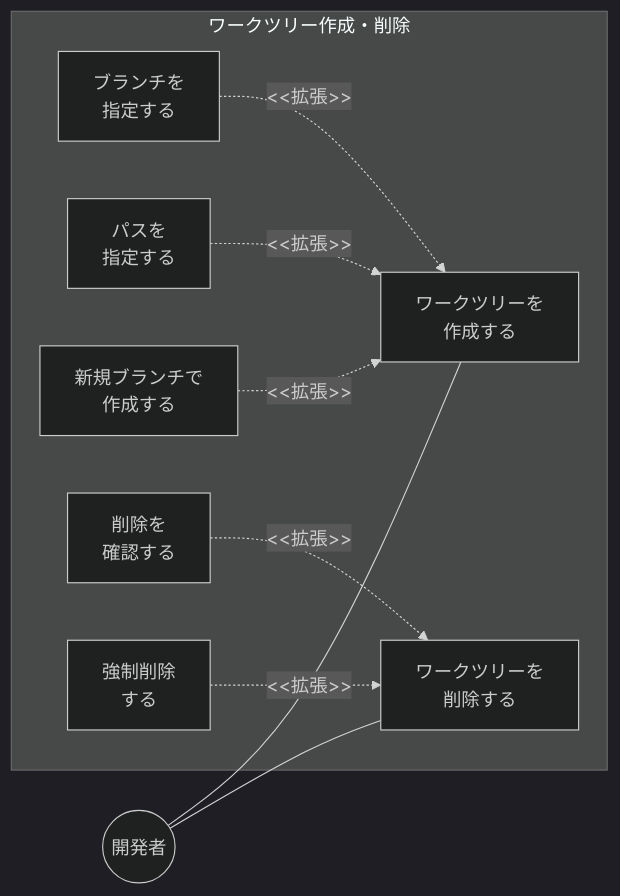
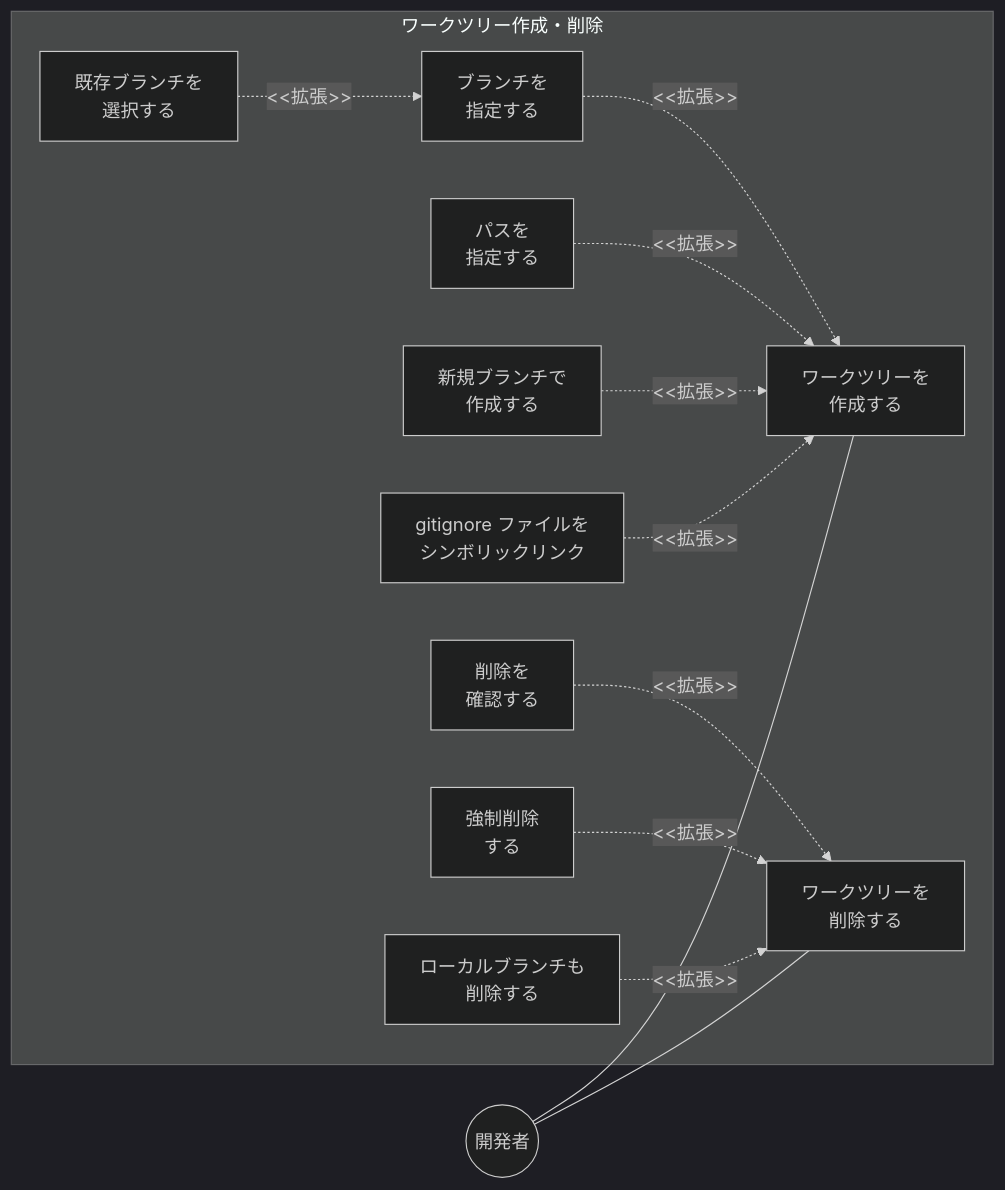
One commit to ToshikiImagawa/Buruma changed the third of 4 diagrams in .sdd/requirement/worktree-management.md. Above: the diagram before and after it, drawn with Mermaid. The commit also changed other lines of this file and 5 other files, not shown here.

````diff
--- a/.sdd/requirement/worktree-management.md
+++ b/.sdd/requirement/worktree-management.md
@@ -107,23 +107,29 @@
 ```mermaid
 %%{init: {'theme': 'dark'}}%%
 flowchart LR
     Developer((開発者))
 
     subgraph CreateDelete["ワークツリー作成・削除"]
         CreateWT["ワークツリーを<br/>作成する"]
         SpecifyBranch["ブランチを<br/>指定する"]
+        SelectExistingBranch["既存ブランチを<br/>選択する"]
         SpecifyPath["パスを<br/>指定する"]
         CreateNewBranch["新規ブランチで<br/>作成する"]
+        SymlinkIgnored["gitignore ファイルを<br/>シンボリックリンク"]
         DeleteWT["ワークツリーを<br/>削除する"]
         ConfirmDelete["削除を<br/>確認する"]
         ForceDelete["強制削除<br/>する"]
+        DeleteBranch["ローカルブランチも<br/>削除する"]
     end
 
     Developer --- CreateWT
     Developer --- DeleteWT
     SpecifyBranch -.->|"<<拡張>>"| CreateWT
+    SelectExistingBranch -.->|"<<拡張>>"| SpecifyBranch
     SpecifyPath -.->|"<<拡張>>"| CreateWT
     CreateNewBranch -.->|"<<拡張>>"| CreateWT
+    SymlinkIgnored -.->|"<<拡張>>"| CreateWT
     ConfirmDelete -.->|"<<拡張>>"| DeleteWT
     ForceDelete -.->|"<<拡張>>"| DeleteWT
+    DeleteBranch -.->|"<<拡張>>"| DeleteWT
 ```
````
